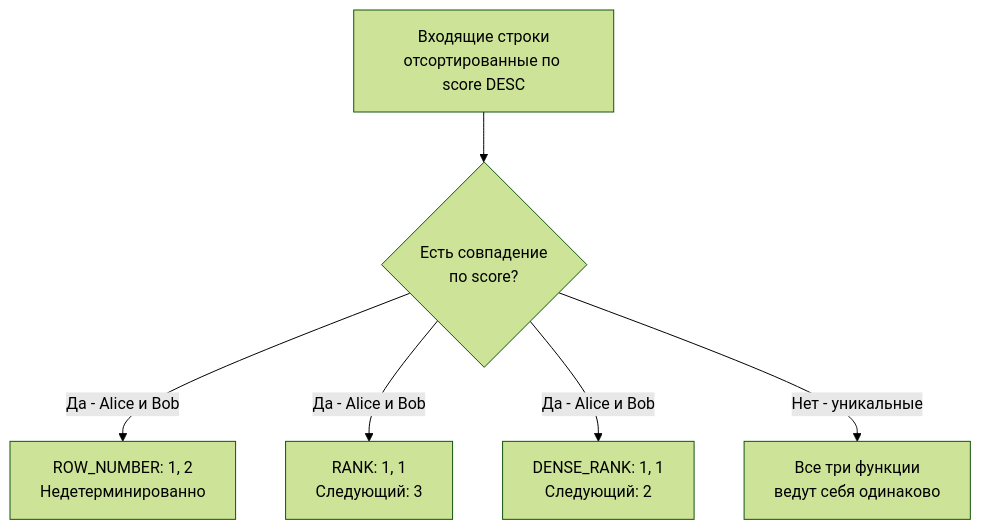
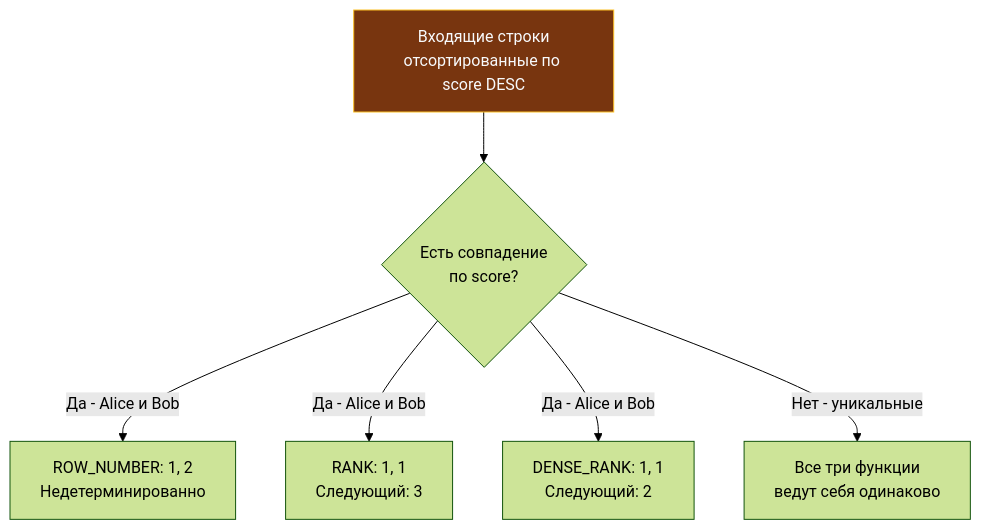
The diagram in sources/12. Базы данных/03. SQL продвинутый/4. ROW_NUMBER, RANK, DENSE_RANK.md (UnrealTemplier/go-textbook), drawn with Mermaid (forest theme) before and after one commit. The commit also changed 1666 other files, not shown here.

First line of the commit message:
feat(mermaid): add semantic color classDef to 1369 colorless flowchart/graph diagrams

````diff
--- a/sources/12. Базы данных/03. SQL продвинутый/4. ROW_NUMBER, RANK, DENSE_RANK.md
+++ b/sources/12. Базы данных/03. SQL продвинутый/4. ROW_NUMBER, RANK, DENSE_RANK.md
@@ -68,8 +68,18 @@
 ```mermaid
 flowchart TD
-    A["Входящие строки<br>отсортированные по score DESC"] --> B{"Есть совпадение<br>по score?"}
+    classDef process  fill:#1e293b,stroke:#38bdf8,stroke-width:1px,color:#f8fafc
+    classDef success  fill:#064e3b,stroke:#34d399,stroke-width:1px,color:#f8fafc
+    classDef error    fill:#7f1d1d,stroke:#f87171,stroke-width:1px,color:#f8fafc
+    classDef warning  fill:#78350f,stroke:#fbbf24,stroke-width:1px,color:#f8fafc
+    classDef entry    fill:#1e3a5f,stroke:#38bdf8,stroke-width:2px,color:#f8fafc
+    classDef aux      fill:#334155,stroke:#64748b,stroke-width:1px,color:#f8fafc
+    classDef system   fill:#312e81,stroke:#a78bfa,stroke-width:1px,color:#f8fafc
+    classDef data     fill:#132d29,stroke:#2dd4bf,stroke-width:1px,color:#f8fafc
+    classDef network  fill:#881337,stroke:#fb7185,stroke-width:1px,color:#f8fafc
+    classDef accent   fill:#1e1b4b,stroke:#818cf8,stroke-width:1px,color:#f8fafc
+    A["Входящие строки<br>отсортированные по score DESC"]:::warning --> B{"Есть совпадение<br>по score?"}
     B -- "Да - Alice и Bob" --> C["ROW_NUMBER: 1, 2<br>Недетерминированно"]
     B -- "Да - Alice и Bob" --> D["RANK: 1, 1<br>Следующий: 3"]
     B -- "Да - Alice и Bob" --> E["DENSE_RANK: 1, 1<br>Следующий: 2"]
     B -- "Нет - уникальные" --> F["Все три функции<br>ведут себя одинаково"]
 ```
````
